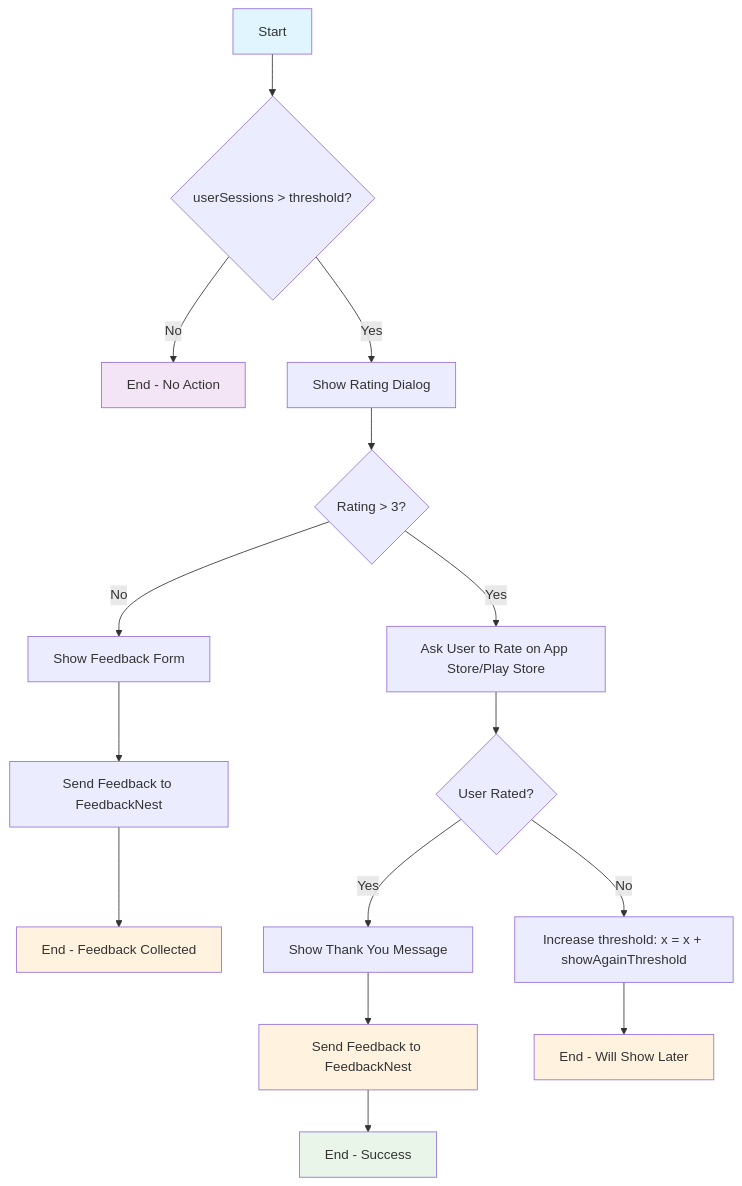
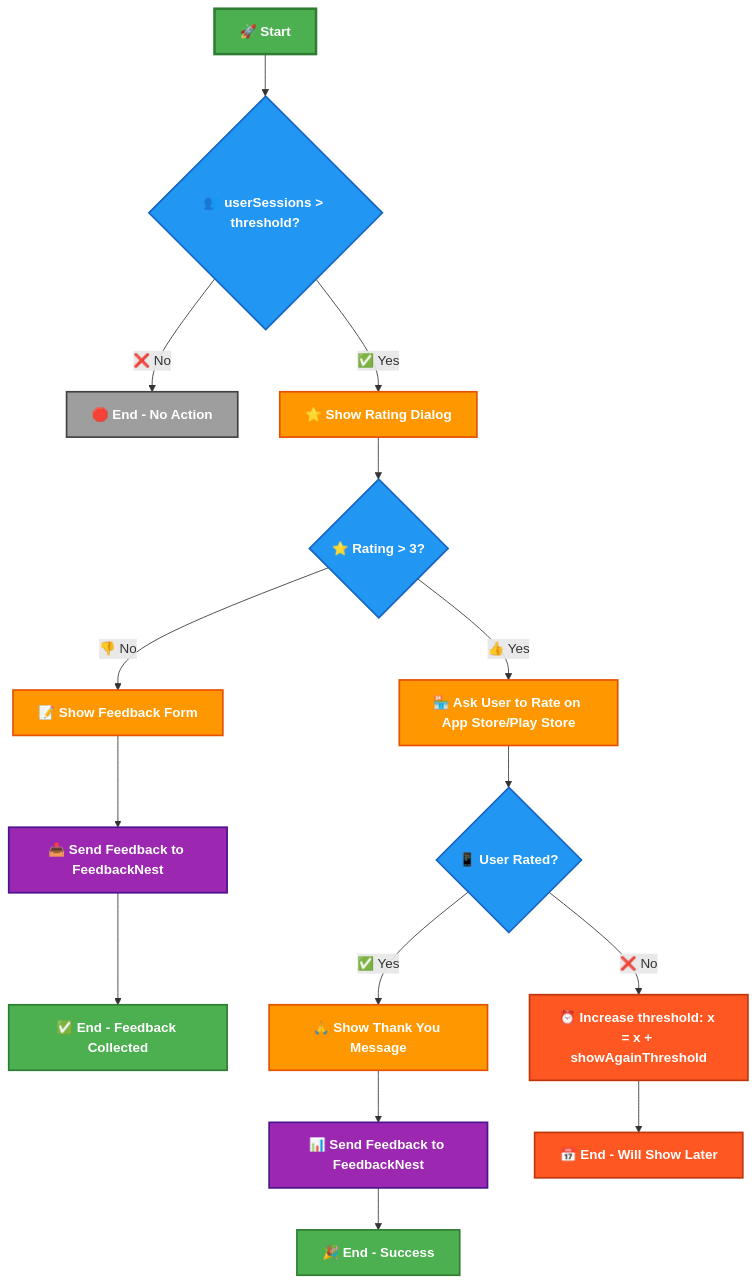
The diagram in README.md (subhadiprudra/fancy_rating_bar), drawn with Mermaid before and after one commit.

Commit message:
readme change

````diff
--- a/README.md
+++ b/README.md
@@ -11,24 +11,35 @@
 ```mermaid
 flowchart TD
-    A[Start] --> B{userSessions > threshold?}
-    B -->|No| C[End - No Action]
-    B -->|Yes| D[Show Rating Dialog]
-    D --> E{Rating > 3?}
-    E -->|No| F[Show Feedback Form]
-    F --> G[Send Feedback to FeedbackNest]
-    G --> H[End - Feedback Collected]
-    E -->|Yes| I[Ask User to Rate on App Store/Play Store]
-    I --> J{User Rated?}
-    J -->|Yes| K[Show Thank You Message]
-    K --> L[Send Feedback to FeedbackNest]
-    L --> M[End - Success]
-    J -->|No| N[Increase threshold: x = x + showAgainThreshold]
-    N --> O[End - Will Show Later]
-    
-    style A fill:#e1f5fe
-    style C fill:#f3e5f5
-    style H fill:#fff3e0
-    style M fill:#e8f5e8
-    style O fill:#fff3e0
-    style L fill:#fff3e0
+    A[🚀 Start] --> B{👥 userSessions > threshold?}
+    B -->|❌ No| C[🛑 End - No Action]
+    B -->|✅ Yes| D[⭐ Show Rating Dialog]
+    D --> E{⭐ Rating > 3?}
+    E -->|👎 No| F[📝 Show Feedback Form]
+    F --> G[📤 Send Feedback to FeedbackNest]
+    G --> H[✅ End - Feedback Collected]
+    E -->|👍 Yes| I[🏪 Ask User to Rate on App Store/Play Store]
+    I --> J{📱 User Rated?}
+    J -->|✅ Yes| K[🙏 Show Thank You Message]
+    K --> L[📊 Send Feedback to FeedbackNest]
+    L --> M[🎉 End - Success]
+    J -->|❌ No| N[⏰ Increase threshold: x = x + showAgainThreshold]
+    N --> O[📅 End - Will Show Later]
+
+    %% Enhanced Styling
+    classDef startStyle fill:#4CAF50,stroke:#2E7D32,stroke-width:3px,color:#fff,font-weight:bold
+    classDef decisionStyle fill:#2196F3,stroke:#1565C0,stroke-width:2px,color:#fff,font-weight:bold
+    classDef actionStyle fill:#FF9800,stroke:#E65100,stroke-width:2px,color:#fff,font-weight:bold
+    classDef endSuccessStyle fill:#4CAF50,stroke:#2E7D32,stroke-width:2px,color:#fff,font-weight:bold
+    classDef endNeutralStyle fill:#9E9E9E,stroke:#424242,stroke-width:2px,color:#fff,font-weight:bold
+    classDef feedbackStyle fill:#9C27B0,stroke:#4A148C,stroke-width:2px,color:#fff,font-weight:bold
+    classDef delayStyle fill:#FF5722,stroke:#BF360C,stroke-width:2px,color:#fff,font-weight:bold
+
+    %% Apply styles
+    class A startStyle
+    class B,E,J decisionStyle
+    class D,F,I,K actionStyle
+    class M,H endSuccessStyle
+    class C endNeutralStyle
+    class G,L feedbackStyle
+    class N,O delayStyle
 ```
````
